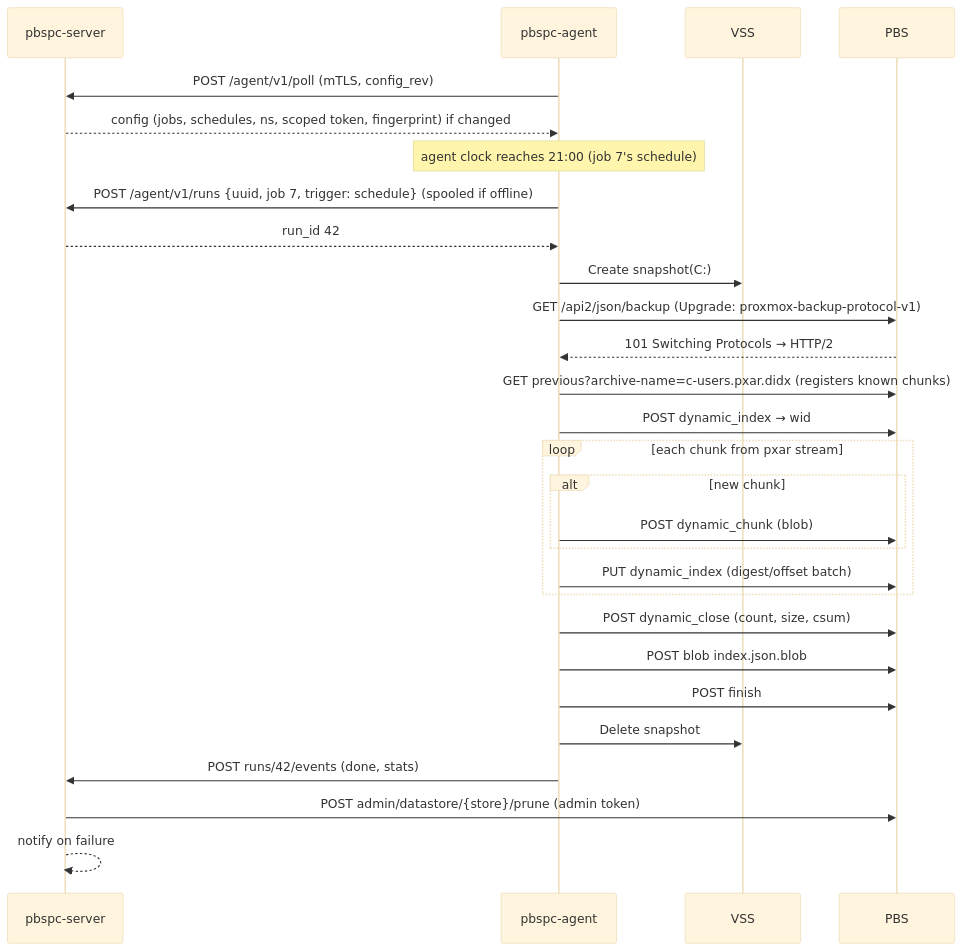
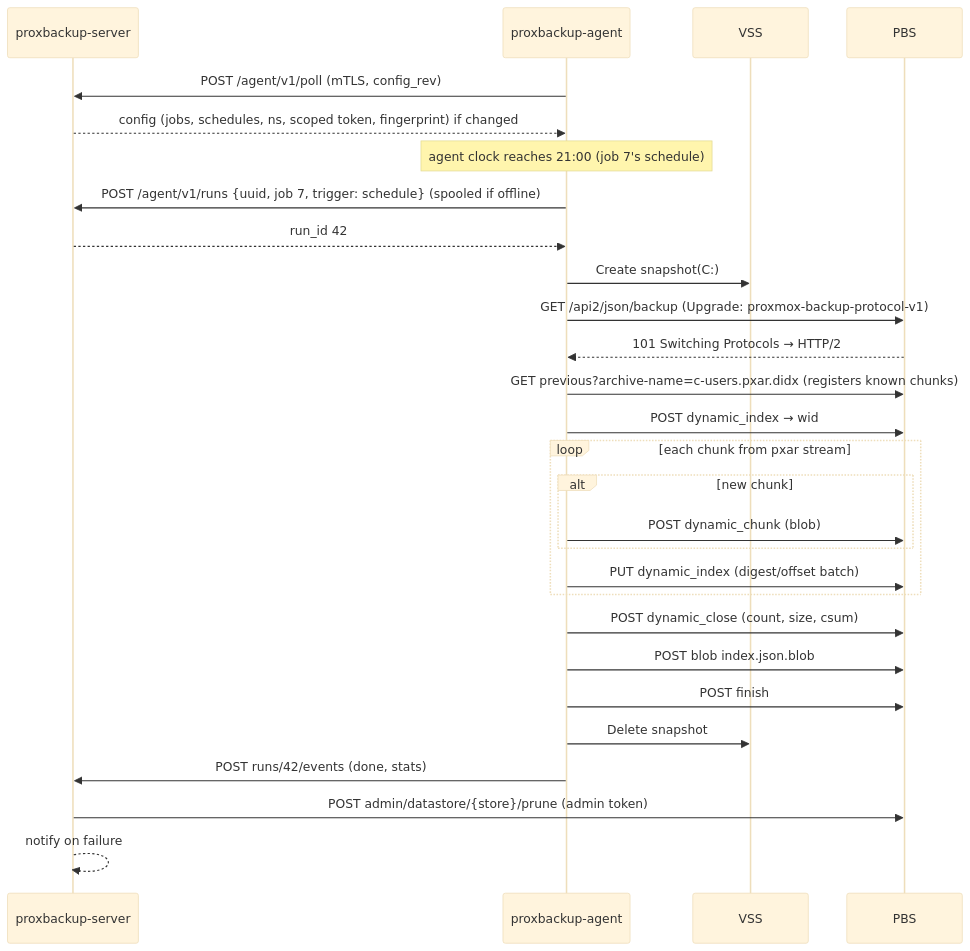
One commit to Lopicl/proxbackup-solution changed the fourth of 5 diagrams in docs/architecture.md. Above: the diagram before and after it, drawn with Mermaid (base theme). The commit also changed other lines of this file and 39 other files, not shown here.

First line of the commit message:
refactor: rename pbspc identifiers to proxbackup

````diff
--- a/docs/architecture.md
+++ b/docs/architecture.md
@@ -215,31 +215,31 @@
 ```mermaid
 sequenceDiagram
-  participant S as pbspc-server
-  participant A as pbspc-agent
+  participant S as proxbackup-server
+  participant A as proxbackup-agent
   participant V as VSS
   participant P as PBS
 
   A->>S: POST /agent/v1/poll (mTLS, config_rev)
   S-->>A: config (jobs, schedules, ns, scoped token, fingerprint) if changed
   Note over A: agent clock reaches 21:00 (job 7's schedule)
   A->>S: POST /agent/v1/runs {uuid, job 7, trigger: schedule} (spooled if offline)
   S-->>A: run_id 42
   A->>V: Create snapshot(C:)
   A->>P: GET /api2/json/backup (Upgrade: proxmox-backup-protocol-v1)
   P-->>A: 101 Switching Protocols → HTTP/2
   A->>P: GET previous?archive-name=c-users.pxar.didx (registers known chunks)
   A->>P: POST dynamic_index → wid
   loop each chunk from pxar stream
     alt new chunk
       A->>P: POST dynamic_chunk (blob)
     end
     A->>P: PUT dynamic_index (digest/offset batch)
   end
   A->>P: POST dynamic_close (count, size, csum)
   A->>P: POST blob index.json.blob
   A->>P: POST finish
   A->>V: Delete snapshot
   A->>S: POST runs/42/events (done, stats)
   S->>P: POST admin/datastore/{store}/prune (admin token)
   S-->>S: notify on failure
 ```
````
